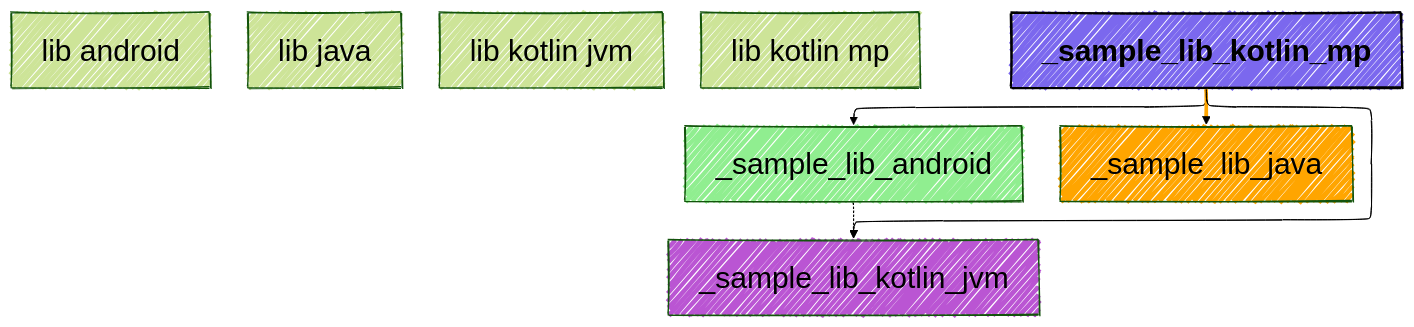
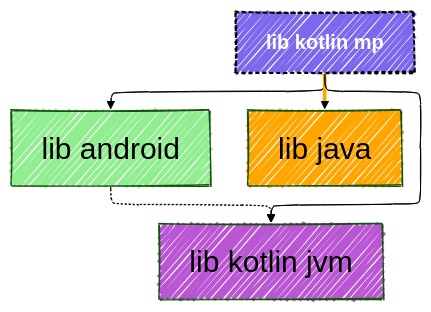
One commit to jonapoul/atlas changed the diagram in samples/sample-mermaid/sample-lib-kotlin-mp/modular/chart.mmd. Above: the diagram before and after it, drawn with Mermaid. The commit also changed 21 other files, not shown here.

Commit message:
Fix `MermaidWriter` (#256)

```diff
--- a/samples/sample-mermaid/sample-lib-kotlin-mp/modular/chart.mmd
+++ b/samples/sample-mermaid/sample-lib-kotlin-mp/modular/chart.mmd
@@ -1,35 +1,35 @@
 ---
 config:
   layout: elk
   look: handDrawn
   theme: forest
   elk:
     mergeEdges: true
     forceNodeModelOrder: true
     nodePlacementStrategy: LINEAR_SEGMENTS
     cycleBreakingStrategy: INTERACTIVE
     considerModelOrder: PREFER_EDGES
   themeVariables:
     background: #FFF
     fontFamily: arial
     lineColor: #55FF55
     primaryBorderColor: #FF5555
     primaryColor: #ABC123
     darkMode: true
     fontSize: 30px
     defaultLinkColor: #5555FF
 ---
 graph TD
   lib_android["lib android"]
   lib_java["lib java"]
   lib_kotlin_jvm["lib kotlin jvm"]
   lib_kotlin_mp["lib kotlin mp"]
-  style _sample_lib_android fill:lightgreen,color:black
-  style _sample_lib_java fill:orange,color:black
-  style _sample_lib_kotlin_jvm fill:mediumorchid,color:black
-  style _sample_lib_kotlin_mp fill:mediumslateblue,color:black,font-weight:bold,stroke:black,stroke-width:2px
-  _sample_lib_android -.-> _sample_lib_kotlin_jvm
-  _sample_lib_kotlin_mp --> _sample_lib_android
-  _sample_lib_kotlin_mp ==> _sample_lib_java
+  style lib_android fill:lightgreen,fillcolor:lightgreen
+  style lib_java fill:orange,fillcolor:orange
+  style lib_kotlin_jvm fill:mediumorchid,fillcolor:mediumorchid
+  style lib_kotlin_mp fill:mediumslateblue,font-weight:bold,stroke:black,stroke-width:2px,color:white,stroke-dasharray:4 3 2 1,font-size:20px,fillcolor:mediumslateblue
+  lib_android -.-> lib_kotlin_jvm
+  lib_kotlin_mp --> lib_android
+  lib_kotlin_mp ==> lib_java
   linkStyle 2 stroke:orange
-  _sample_lib_kotlin_mp --> _sample_lib_kotlin_jvm
+  lib_kotlin_mp --> lib_kotlin_jvm
```
